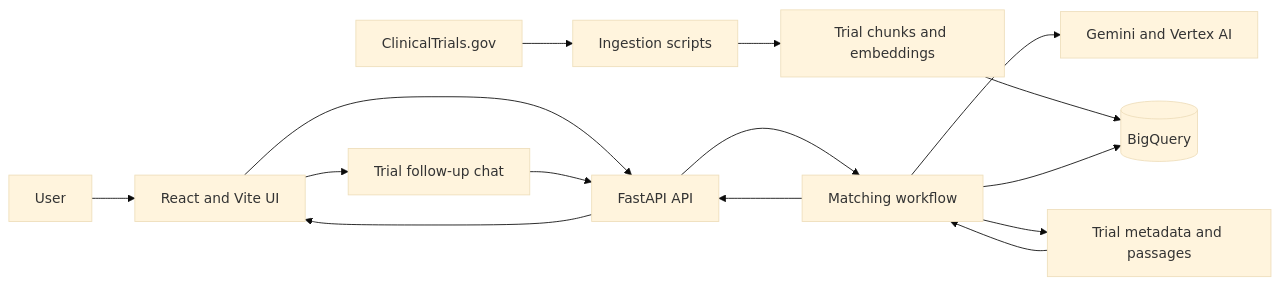
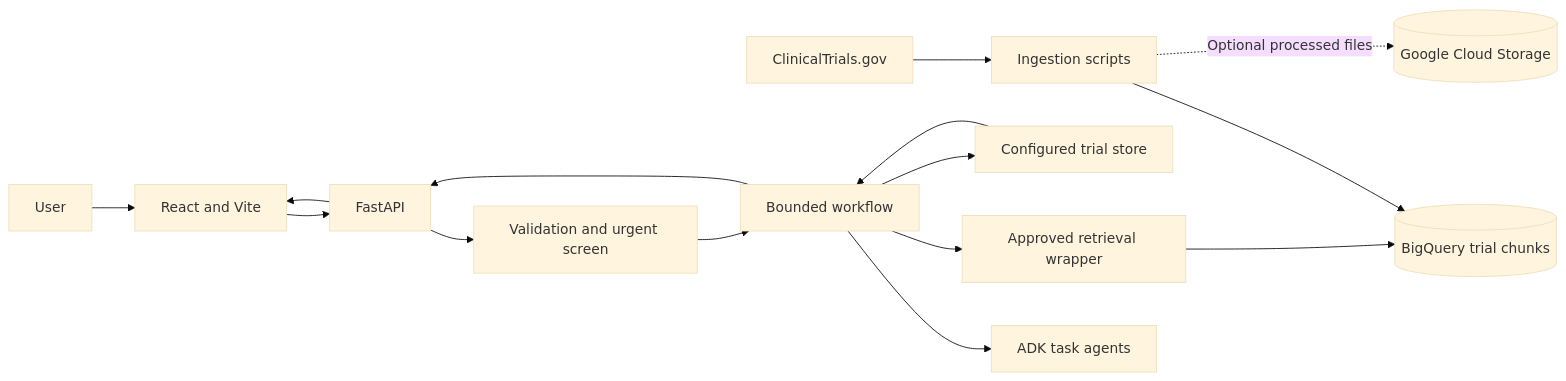
One commit to Aditya190704/CLINICAL-TRIAL-RAG- changed the first of 5 diagrams in ARCHITECTURE.md. Above: the diagram before and after it, drawn with Mermaid (base theme). The commit also changed other lines of this file and 46 other files, not shown here.

````diff
--- a/ARCHITECTURE.md
+++ b/ARCHITECTURE.md
@@ -21,17 +21,17 @@
 ```mermaid
 flowchart LR
     CTG[ClinicalTrials.gov] --> ING[Ingestion scripts]
-    ING --> CHUNKS[Trial chunks and embeddings]
-    CHUNKS --> BQ[(BigQuery)]
-    USER[User] --> UI[React and Vite UI]
-    UI --> API[FastAPI API]
-    API --> PIPE[Matching workflow]
-    PIPE --> MODEL[Gemini and Vertex AI]
-    PIPE --> BQ
-    PIPE --> STORE[Trial metadata and passages]
-    STORE --> PIPE
-    PIPE --> API
+    ING --> BQ[(BigQuery trial chunks)]
+    ING -. Optional processed files .-> GCS[(Google Cloud Storage)]
+    USER[User] --> UI[React and Vite]
+    UI --> API[FastAPI]
+    API --> SAFE[Validation and urgent screen]
+    SAFE --> WF[Bounded workflow]
+    WF --> ADK[ADK task agents]
+    WF --> RET[Approved retrieval wrapper]
+    RET --> BQ
+    WF --> STORE[Configured trial store]
+    STORE --> WF
+    WF --> API
     API --> UI
-    UI --> CHAT[Trial follow-up chat]
-    CHAT --> API
 ```
````
